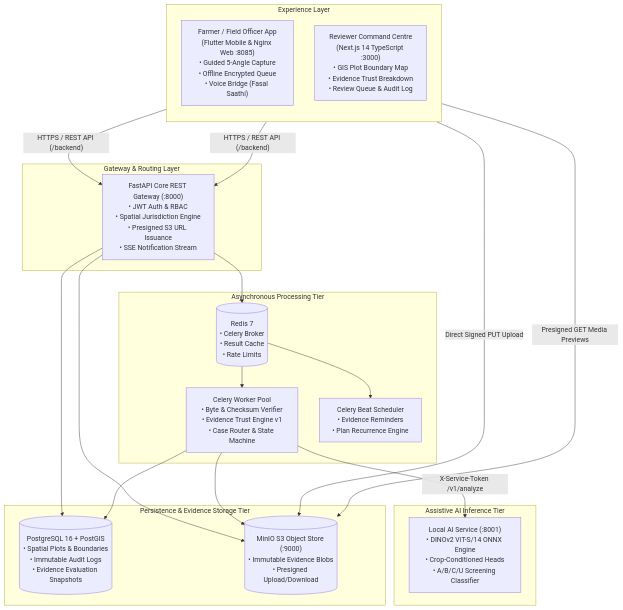
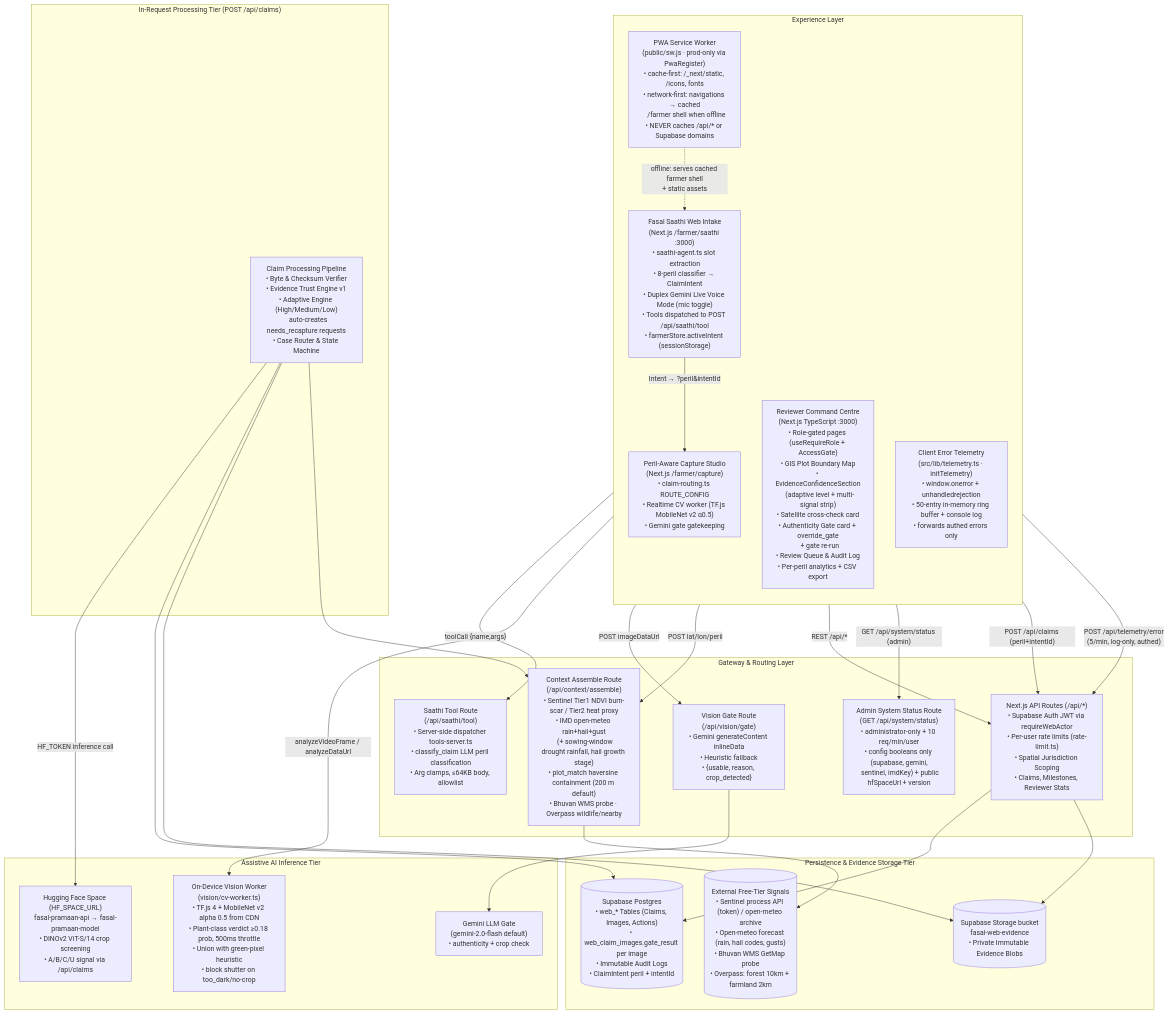
One commit to dhrrishitvdeka/Fasal-Pramaan changed the first of 4 diagrams in docs/architecture.md. Above: the diagram before and after it, drawn with Mermaid. The commit also changed other lines of this file and 924 other files, not shown here.

Commit message:
fix(core): resolve end-to-end integration flaws and polish mobile/desktop UI

````diff
--- a/docs/architecture.md
+++ b/docs/architecture.md
@@ -9,42 +9,55 @@
 ```mermaid
 flowchart TB
   subgraph ExperienceLayer["Experience Layer"]
     direction TB
-    Mobile["Farmer / Field Officer App\n(Flutter Mobile & Nginx Web :8085)\n• Guided 5-Angle Capture\n• Offline Encrypted Queue\n• Voice Bridge (Fasal Saathi)"]
-    Dashboard["Reviewer Command Centre\n(Next.js 14 TypeScript :3000)\n• GIS Plot Boundary Map\n• Evidence Trust Breakdown\n• Review Queue & Audit Log"]
+    SaathiWeb["Fasal Saathi Web Intake\n(Next.js /farmer/saathi :3000)\n• saathi-agent.ts slot extraction\n• 8-peril classifier → ClaimIntent\n• Duplex Gemini Live Voice Mode (mic toggle)\n• Tools dispatched to POST /api/saathi/tool\n• farmerStore.activeIntent (sessionStorage)"]
+    CaptureWeb["Peril-Aware Capture Studio\n(Next.js /farmer/capture)\n• claim-routing.ts ROUTE_CONFIG\n• Realtime CV worker (TF.js MobileNet v2 α0.5)\n• Gemini gate gatekeeping"]
+    Dashboard["Reviewer Command Centre\n(Next.js TypeScript :3000)\n• Role-gated pages (useRequireRole + AccessGate)\n• GIS Plot Boundary Map\n• EvidenceConfidenceSection\n  (adaptive level + multi-signal strip)\n• Satellite cross-check card\n• Authenticity Gate card + override_gate\n  + gate re-run\n• Review Queue & Audit Log\n• Per-peril analytics + CSV export"]
+    TelemetryPath["Client Error Telemetry\n(src/lib/telemetry.ts · initTelemetry)\n• window.onerror + unhandledrejection\n• 50-entry in-memory ring buffer + console log\n• forwards authed errors only"]
+    PwaShell["PWA Service Worker\n(public/sw.js · prod-only via PwaRegister)\n• cache-first: /_next/static, /icons, fonts\n• network-first: navigations → cached\n  /farmer shell when offline\n• NEVER caches /api/* or Supabase domains"]
   end
 
   subgraph GatewayLayer["Gateway & Routing Layer"]
-    API["FastAPI Core REST Gateway (:8000)\n• JWT Auth & RBAC\n• Spatial Jurisdiction Engine\n• Presigned S3 URL Issuance\n• SSE Notification Stream"]
+    API["Next.js API Routes (/api/*)\n• Supabase Auth JWT via requireWebActor\n• Per-user rate limits (rate-limit.ts)\n• Spatial Jurisdiction Scoping\n• Claims, Milestones, Reviewer Stats"]
+    VisionGate["Vision Gate Route\n(/api/vision/gate)\n• Gemini generateContent inlineData\n• Heuristic fallback\n• {usable, reason, crop_detected}"]
+    SaathiTool["Saathi Tool Route\n(/api/saathi/tool)\n• Server-side dispatcher tools-server.ts\n• classify_claim LLM peril classification\n• Arg clamps, ≤64KB body, allowlist"]
+    ContextAssemble["Context Assemble Route\n(/api/context/assemble)\n• Sentinel Tier1 NDVI burn-scar / Tier2 heat proxy\n• IMD open-meteo rain+hail+gust\n  (+ sowing-window drought rainfall, hail growth stage)\n• plot_match haversine containment (200 m default)\n• Bhuvan WMS probe · Overpass wildlife/nearby"]
+    SystemStatus["Admin System Status Route\n(GET /api/system/status)\n• administrator-only + 10 req/min/user\n• config booleans only (supabase, gemini,\n  sentinel, imdKey) + public hfSpaceUrl + version"]
   end
 
-  subgraph AsyncProcessing["Asynchronous Processing Tier"]
-    Redis[("Redis 7\n• Celery Broker\n• Result Cache\n• Rate Limits")]
-    Worker["Celery Worker Pool\n• Byte & Checksum Verifier\n• Evidence Trust Engine v1\n• Case Router & State Machine"]
-    Beat["Celery Beat Scheduler\n• Evidence Reminders\n• Plan Recurrence Engine"]
+  subgraph InRequestProcessing["In-Request Processing Tier (POST /api/claims)"]
+    Pipeline["Claim Processing Pipeline\n• Byte & Checksum Verifier\n• Evidence Trust Engine v1\n• Adaptive Engine (High/Medium/Low)\n   auto-creates needs_recapture requests\n• Case Router & State Machine"]
   end
 
   subgraph AIServiceTier["Assistive AI Inference Tier"]
-    AI["Local AI Service (:8001)\n• DINOv2 ViT-S/14 ONNX Engine\n• Crop-Conditioned Heads\n• A/B/C/U Screening Classifier"]
+    HF["Hugging Face Space (HF_SPACE_URL)\nfasal-pramaan-api → fasal-pramaan-model\n• DINOv2 ViT-S/14 crop screening\n• A/B/C/U signal via /api/claims"]
+    OnDeviceCV["On-Device Vision Worker\n(vision/cv-worker.ts)\n• TF.js 4 + MobileNet v2 alpha 0.5 from CDN\n• Plant-class verdict ≥0.18 prob, 500ms throttle\n• Union with green-pixel heuristic\n• block shutter on too_dark/no-crop"]
+    GeminiLLM["Gemini LLM Gate\n(gemini-2.0-flash default)\n• authenticity + crop check"]
   end
 
   subgraph StorageTier["Persistence & Evidence Storage Tier"]
-    Postgres[("PostgreSQL 16 + PostGIS\n• Spatial Plots & Boundaries\n• Immutable Audit Logs\n• Evidence Evaluation Snapshots")]
-    MinIO[("MinIO S3 Object Store (:9000)\n• Immutable Evidence Blobs\n• Presigned Upload/Download")]
+    Postgres[("Supabase Postgres\n• web_* Tables (Claims, Images, Actions)\n• web_claim_images.gate_result per image\n• Immutable Audit Logs\n• ClaimIntent peril + intentId")]
+    Storage[("Supabase Storage bucket\nfasal-web-evidence\n• Private Immutable Evidence Blobs")]
+    ExternalSignals[("External Free-Tier Signals\n• Sentinel process API (token) / open-meteo archive\n• Open-meteo forecast (rain, hail codes, gusts)\n• Bhuvan WMS GetMap probe\n• Overpass: forest 10km + farmland 2km")]
   end
 
-  Mobile -->|"HTTPS / REST API (/backend)"| API
-  Dashboard -->|"HTTPS / REST API (/backend)"| API
-  Mobile -->|"Direct Signed PUT Upload"| MinIO
-  Dashboard -->|"Presigned GET Media Previews"| MinIO
+  SaathiWeb -->|"Intent → ?peril&intentId"| CaptureWeb
+  SaathiWeb -->|"toolCall {name,args}"| SaathiTool
+  CaptureWeb -->|"analyzeVideoFrame / analyzeDataUrl"| OnDeviceCV
+  CaptureWeb -->|"POST imageDataUrl"| VisionGate
+  VisionGate --> GeminiLLM
+  CaptureWeb -->|"POST lat/lon/peril"| ContextAssemble
+  ContextAssemble --> ExternalSignals
+  Dashboard -->|"REST /api/*"| API
+  Dashboard -->|"GET /api/system/status (admin)"| SystemStatus
+  CaptureWeb -->|"POST /api/claims (peril+intentId)"| API
+  PwaShell -.->|"offline: serves cached farmer shell\n+ static assets"| SaathiWeb
+  TelemetryPath -->|"POST /api/telemetry/error\n(5/min, log-only, authed)"| API
 
   API --> Postgres
-  API --> MinIO
-  API --> Redis
-
-  Redis --> Worker
-  Redis --> Beat
-  Worker --> Postgres
-  Worker --> MinIO
-  Worker -->|"X-Service-Token /v1/analyze"| AI
+  API --> Storage
+  Pipeline -->|"HF_TOKEN inference call"| HF
+  Pipeline --> Postgres
+  Pipeline --> Storage
+  Pipeline --> ContextAssemble
 ```
````
